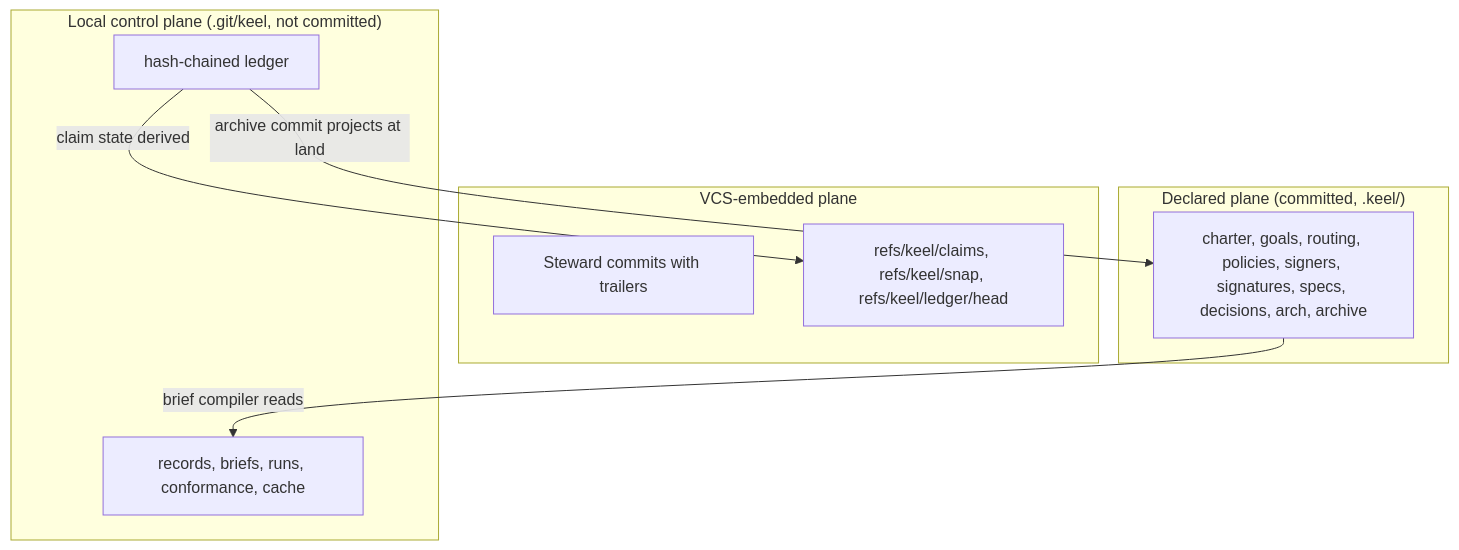
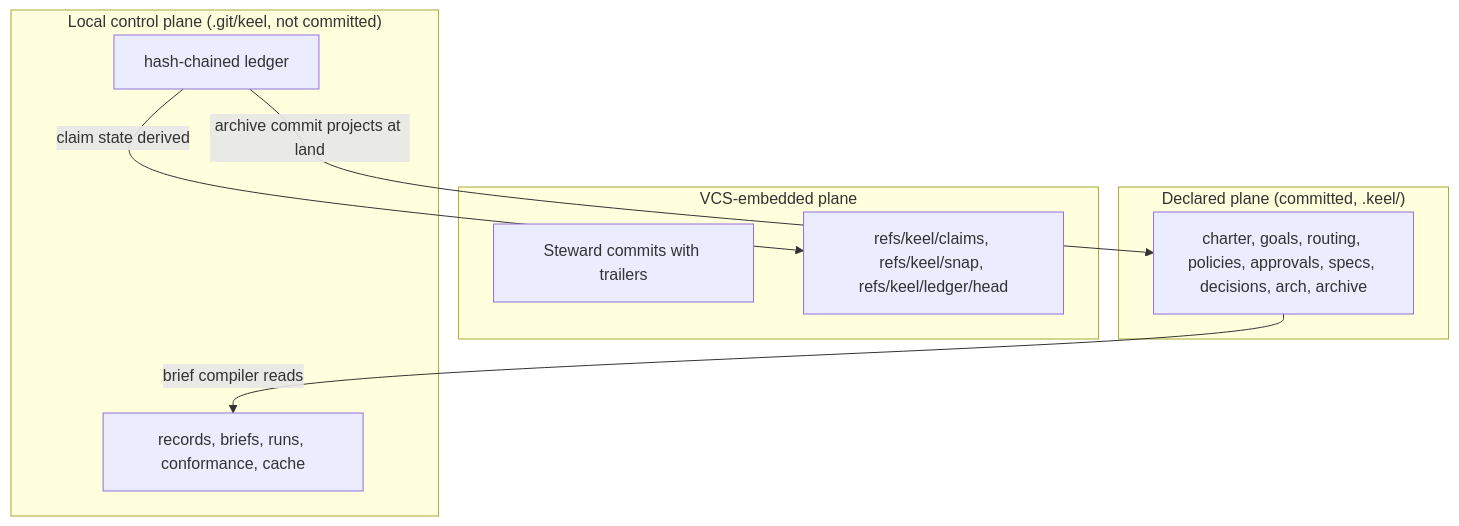
One commit to Qither/keel changed the diagram in docs/adr/ADR-0003-control-plane-in-git-common-dir.md. Above: the diagram before and after it, drawn with Mermaid. The commit also changed other lines of this file and 130 other files, not shown here.

````diff
--- a/docs/adr/ADR-0003-control-plane-in-git-common-dir.md
+++ b/docs/adr/ADR-0003-control-plane-in-git-common-dir.md
@@ -45,17 +46,17 @@
 ```mermaid
 flowchart TB
   subgraph declared["Declared plane (committed, .keel/)"]
-    d1["charter, goals, routing, policies, signers, signatures, specs, decisions, arch, archive"]
+    d1["charter, goals, routing, policies, approvals, specs, decisions, arch, archive"]
   end
   subgraph vcs["VCS-embedded plane"]
     v1["Steward commits with trailers"]
     v2["refs/keel/claims, refs/keel/snap, refs/keel/ledger/head"]
   end
   subgraph local["Local control plane (.git/keel, not committed)"]
     l1["hash-chained ledger"]
     l2["records, briefs, runs, conformance, cache"]
   end
   l1 -->|"archive commit projects at land"| d1
   l1 -->|"claim state derived"| v2
   d1 -->|"brief compiler reads"| l2
 ```
````
